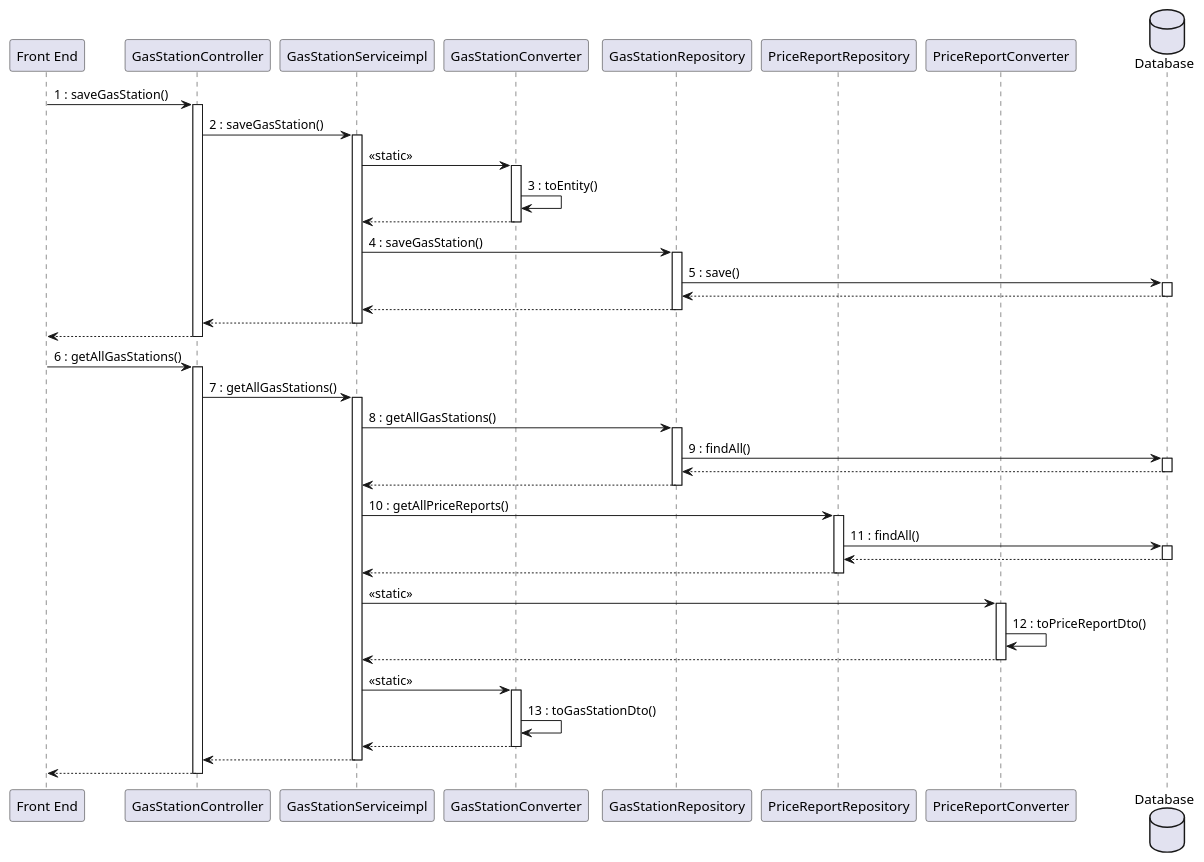
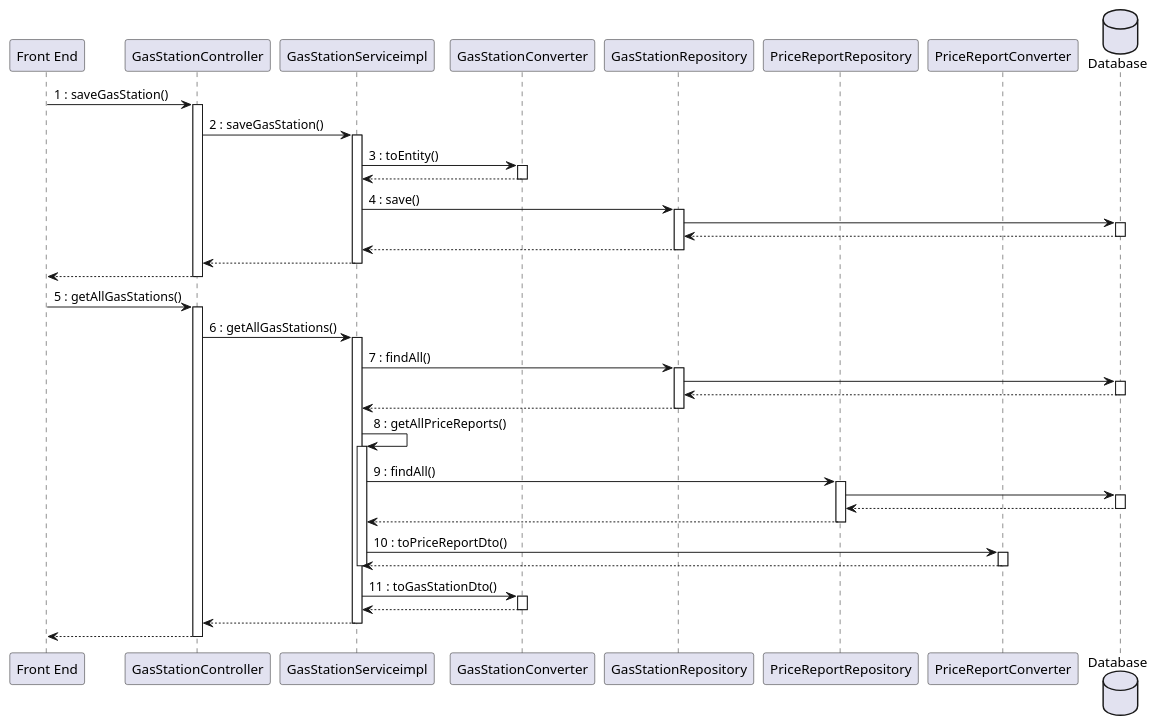
Before and after one commit to mosTavassoli/ezgas: the eighth of 15 diagrams in docs/DesignDocument.md, drawn with PlantUML. The commit also changed other lines of this file, not shown here.

Commit message:
docs(DesignDocument): fix and improve sequence diagrams

````diff
--- a/docs/DesignDocument.md
+++ b/docs/DesignDocument.md
@@ -594,47 +590,46 @@
 ```plantuml
 database Database order 30
 "Front End" -> GasStationController:1 : saveGasStation()
 activate GasStationController
 GasStationController -> GasStationServiceimpl:2 : saveGasStation()
 activate GasStationServiceimpl
-GasStationServiceimpl -> GasStationConverter:<<static>>
+GasStationServiceimpl -> GasStationConverter:3 : toEntity()
 activate GasStationConverter
-GasStationConverter -> GasStationConverter:3 : toEntity()
 return
-GasStationServiceimpl -> GasStationRepository:4 : saveGasStation()
+GasStationServiceimpl -> GasStationRepository:4 : save()
 activate GasStationRepository
-GasStationRepository -> Database:5 : save()
+GasStationRepository -> Database
 activate Database
 return
 return
 return
 return
 
-"Front End" -> GasStationController:6 : getAllGasStations()
+"Front End" -> GasStationController:5 : getAllGasStations()
 activate GasStationController
-GasStationController -> GasStationServiceimpl:7 : getAllGasStations()
+GasStationController -> GasStationServiceimpl:6 : getAllGasStations()
 activate GasStationServiceimpl
-GasStationServiceimpl -> GasStationRepository:8 : getAllGasStations()
+GasStationServiceimpl -> GasStationRepository:7 : findAll()
 activate GasStationRepository
-
-GasStationRepository -> Database:9 : findAll()
+GasStationRepository -> Database
 activate Database
 return
 return
-GasStationServiceimpl -> PriceReportRepository:10 : getAllPriceReports()
+GasStationServiceimpl -> GasStationServiceimpl:8 : getAllPriceReports()
+activate GasStationServiceimpl
+GasStationServiceimpl -> PriceReportRepository:9 : findAll()
 activate PriceReportRepository
-PriceReportRepository -> Database: 11 : findAll()
+PriceReportRepository -> Database
 activate Database
 return
 return
-GasStationServiceimpl -> PriceReportConverter:<<static>>
+GasStationServiceimpl -> PriceReportConverter:10 : toPriceReportDto()
 activate PriceReportConverter
-PriceReportConverter -> PriceReportConverter:12 : toPriceReportDto()
 return
-GasStationServiceimpl -> GasStationConverter:<<static>>
+deactivate GasStationServiceimpl
+GasStationServiceimpl -> GasStationConverter:11 : toGasStationDto()
 activate GasStationConverter
-GasStationConverter -> GasStationConverter:13 : toGasStationDto()
 return
 return
 return
 ```
````
